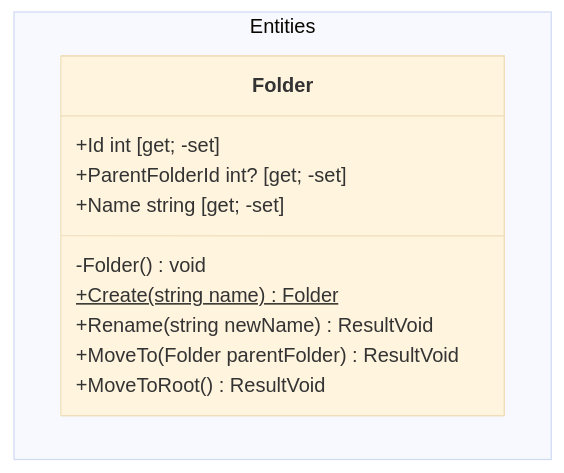
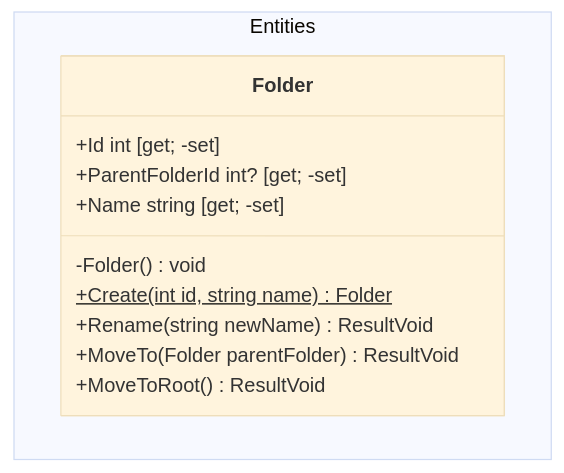
Before and after one commit to college-top-vrn/PhotoCatalog: the diagram in docs/diagrams/VirtualFolder.md, drawn with Mermaid (base theme). The commit also changed 4 other files, not shown here.

````diff
--- a/docs/diagrams/VirtualFolder.md
+++ b/docs/diagrams/VirtualFolder.md
@@ -1,16 +1,16 @@
 ```mermaid
 classDiagram
     namespace Entities {
         class Folder {
             +Id int [get; -set]
             +ParentFolderId int? [get; -set]
             +Name string [get; -set]
             -Folder() void
-            +Create(string name) Folder$
+            +Create(int id, string name) Folder$
             +Rename(string newName) ResultVoid
             +MoveTo(Folder parentFolder) ResultVoid
             +MoveToRoot() ResultVoid
         }        
     }
 
 ```
````
